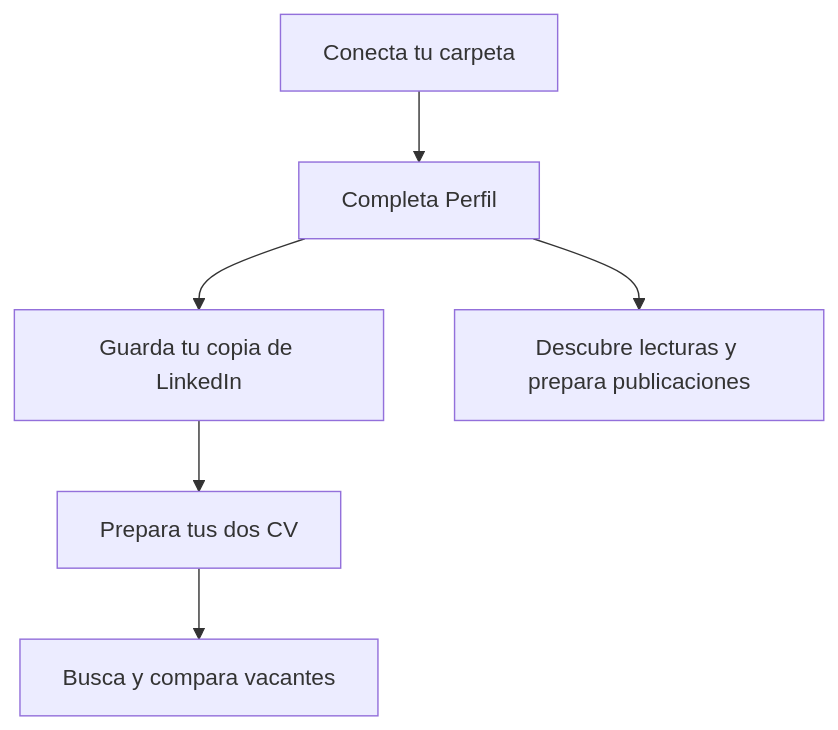
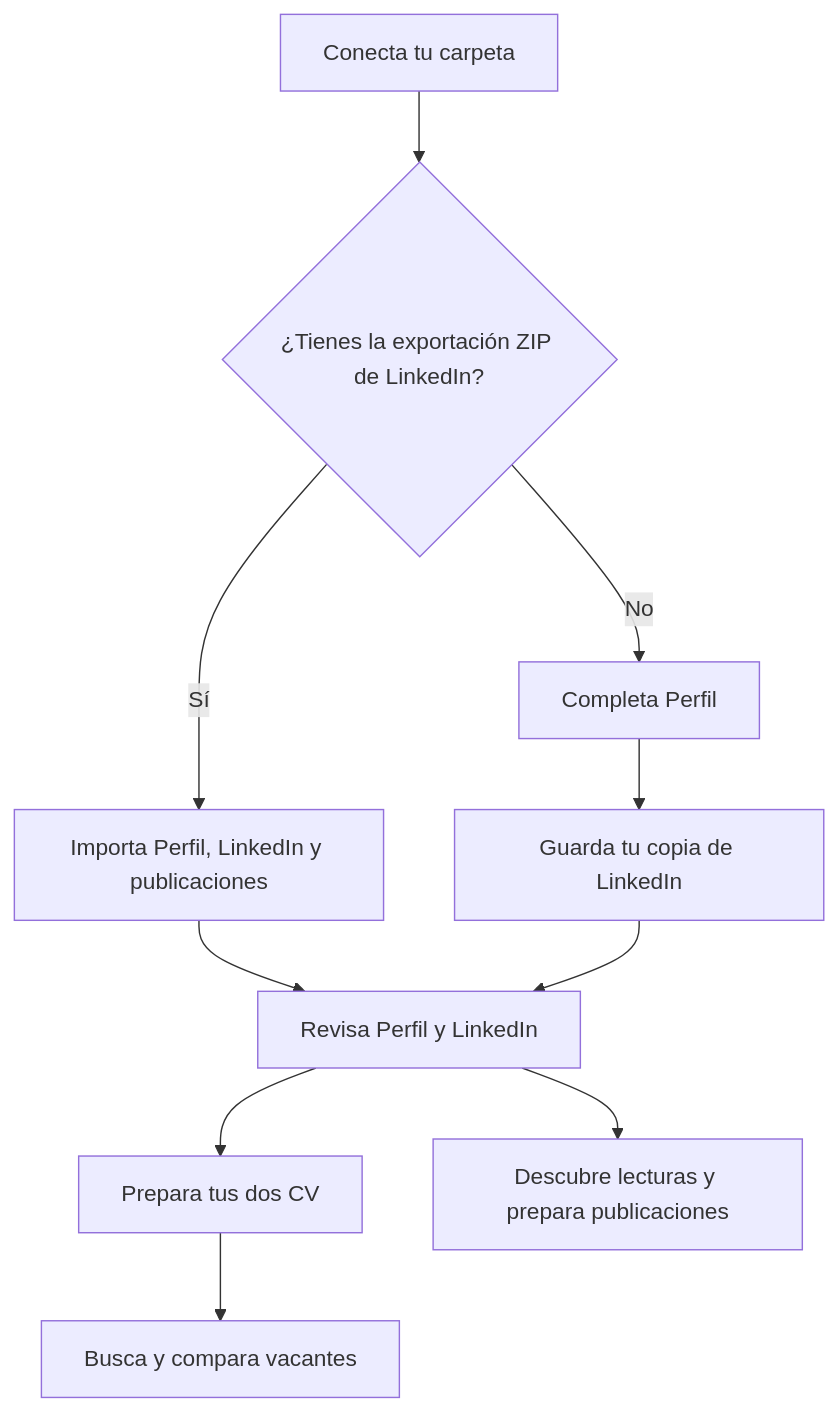
Before and after one commit to Josep-Martinez/CareerKit: the diagram in README.md, drawn with Mermaid. The commit also changed other lines of this file and 17 other files, not shown here.

First line of the commit message:
Mejorar flujos de LinkedIn, publicaciones y prompts (#15)

````diff
--- a/README.md
+++ b/README.md
@@ -9,8 +9,12 @@
 ```mermaid
 flowchart TD
-    A["Conecta tu carpeta"] --> B["Completa Perfil"]
-    B --> C["Guarda tu copia de LinkedIn"]
-    C --> D["Prepara tus dos CV"]
-    D --> E["Busca y compara vacantes"]
-    B --> F["Descubre lecturas y prepara publicaciones"]
+    A["Conecta tu carpeta"] --> B{"¿Tienes la exportación ZIP de LinkedIn?"}
+    B -- "Sí" --> C["Importa Perfil, LinkedIn y publicaciones"]
+    B -- "No" --> D["Completa Perfil"]
+    D --> E["Guarda tu copia de LinkedIn"]
+    C --> F["Revisa Perfil y LinkedIn"]
+    E --> F
+    F --> G["Prepara tus dos CV"]
+    G --> H["Busca y compara vacantes"]
+    F --> I["Descubre lecturas y prepara publicaciones"]
 ```
````
